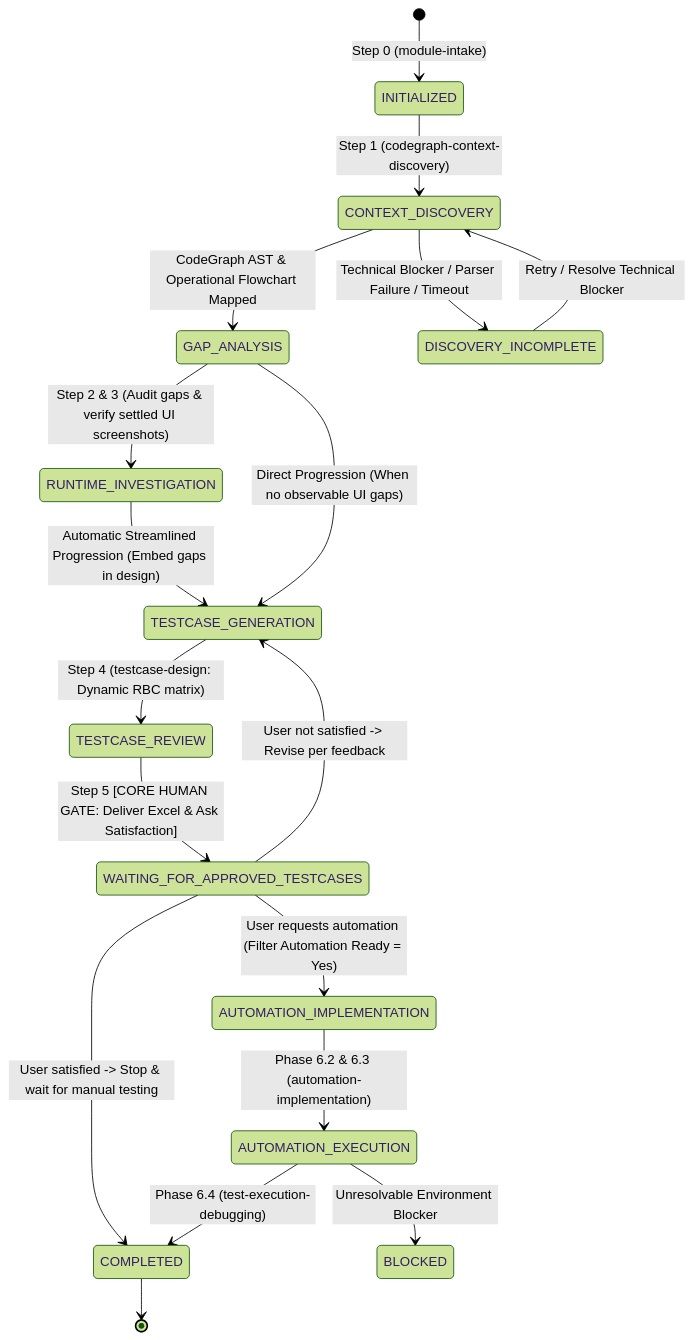
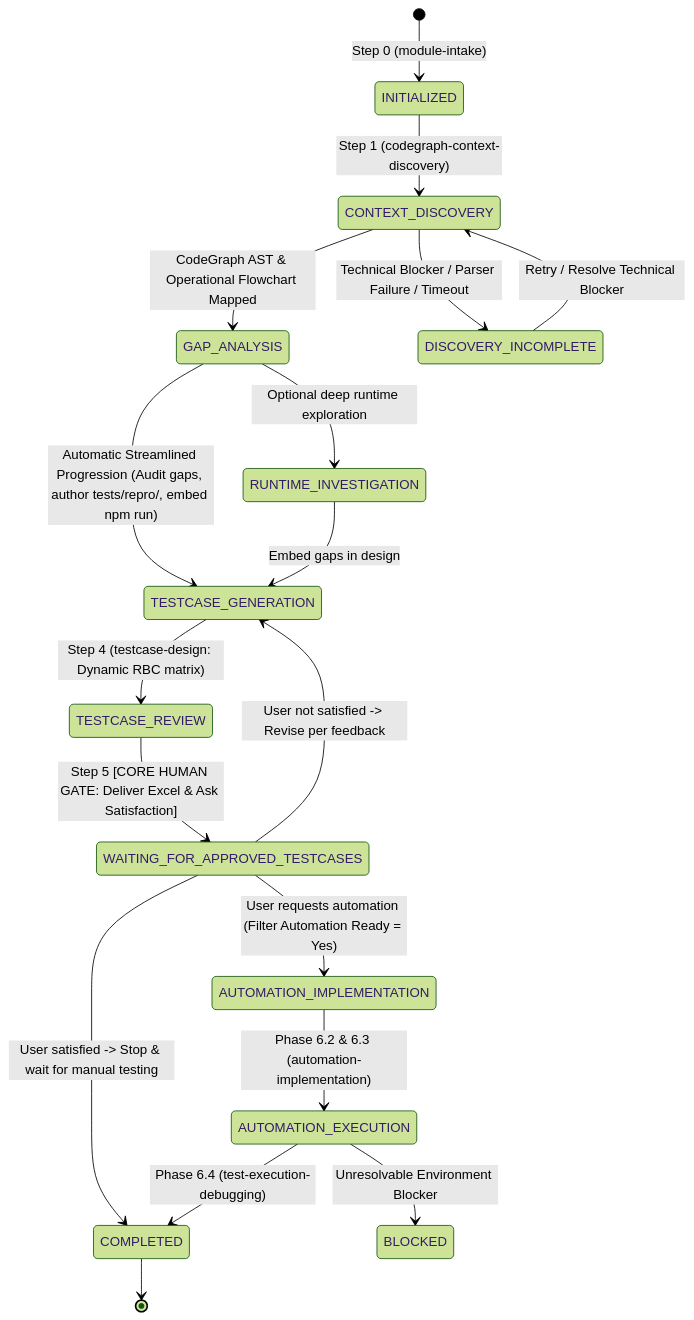
Before and after one commit to Dang-nhut-tan/QA-skill: the diagram in skills/workflow-orchestrator/SKILL.md, drawn with Mermaid (forest theme). The commit also changed 2 other files, not shown here.

Commit message:
feat(workflow): merge gap reproduction into step 2, remove mid-workflow blocking gate 1

````diff
--- a/skills/workflow-orchestrator/SKILL.md
+++ b/skills/workflow-orchestrator/SKILL.md
@@ -24,24 +24,24 @@
 ```mermaid
 stateDiagram-v2
     [*] --> INITIALIZED: Step 0 (module-intake)
     INITIALIZED --> CONTEXT_DISCOVERY: Step 1 (codegraph-context-discovery)
     CONTEXT_DISCOVERY --> GAP_ANALYSIS: CodeGraph AST & Operational Flowchart Mapped
     CONTEXT_DISCOVERY --> DISCOVERY_INCOMPLETE: Technical Blocker / Parser Failure / Timeout
     DISCOVERY_INCOMPLETE --> CONTEXT_DISCOVERY: Retry / Resolve Technical Blocker
     
-    GAP_ANALYSIS --> RUNTIME_INVESTIGATION: Step 2 & 3 (Audit gaps & verify settled UI screenshots)
-    RUNTIME_INVESTIGATION --> TESTCASE_GENERATION: Automatic Streamlined Progression (Embed gaps in design)
-    GAP_ANALYSIS --> TESTCASE_GENERATION: Direct Progression (When no observable UI gaps)
+    GAP_ANALYSIS --> TESTCASE_GENERATION: Automatic Streamlined Progression (Audit gaps, author tests/repro/, embed npm run)
+    GAP_ANALYSIS --> RUNTIME_INVESTIGATION: Optional deep runtime exploration
+    RUNTIME_INVESTIGATION --> TESTCASE_GENERATION: Embed gaps in design
     
     TESTCASE_GENERATION --> TESTCASE_REVIEW: Step 4 (testcase-design: Dynamic RBC matrix)
     TESTCASE_REVIEW --> WAITING_FOR_APPROVED_TESTCASES: Step 5 [CORE HUMAN GATE: Deliver Excel & Ask Satisfaction]
     
     WAITING_FOR_APPROVED_TESTCASES --> TESTCASE_GENERATION: User not satisfied -> Revise per feedback
     WAITING_FOR_APPROVED_TESTCASES --> COMPLETED: User satisfied -> Stop & wait for manual testing
     WAITING_FOR_APPROVED_TESTCASES --> AUTOMATION_IMPLEMENTATION: User requests automation (Filter Automation Ready = Yes)
     
     AUTOMATION_IMPLEMENTATION --> AUTOMATION_EXECUTION: Phase 6.2 & 6.3 (automation-implementation)
     AUTOMATION_EXECUTION --> COMPLETED: Phase 6.4 (test-execution-debugging)
     AUTOMATION_EXECUTION --> BLOCKED: Unresolvable Environment Blocker
     COMPLETED --> [*]
 ```
````
